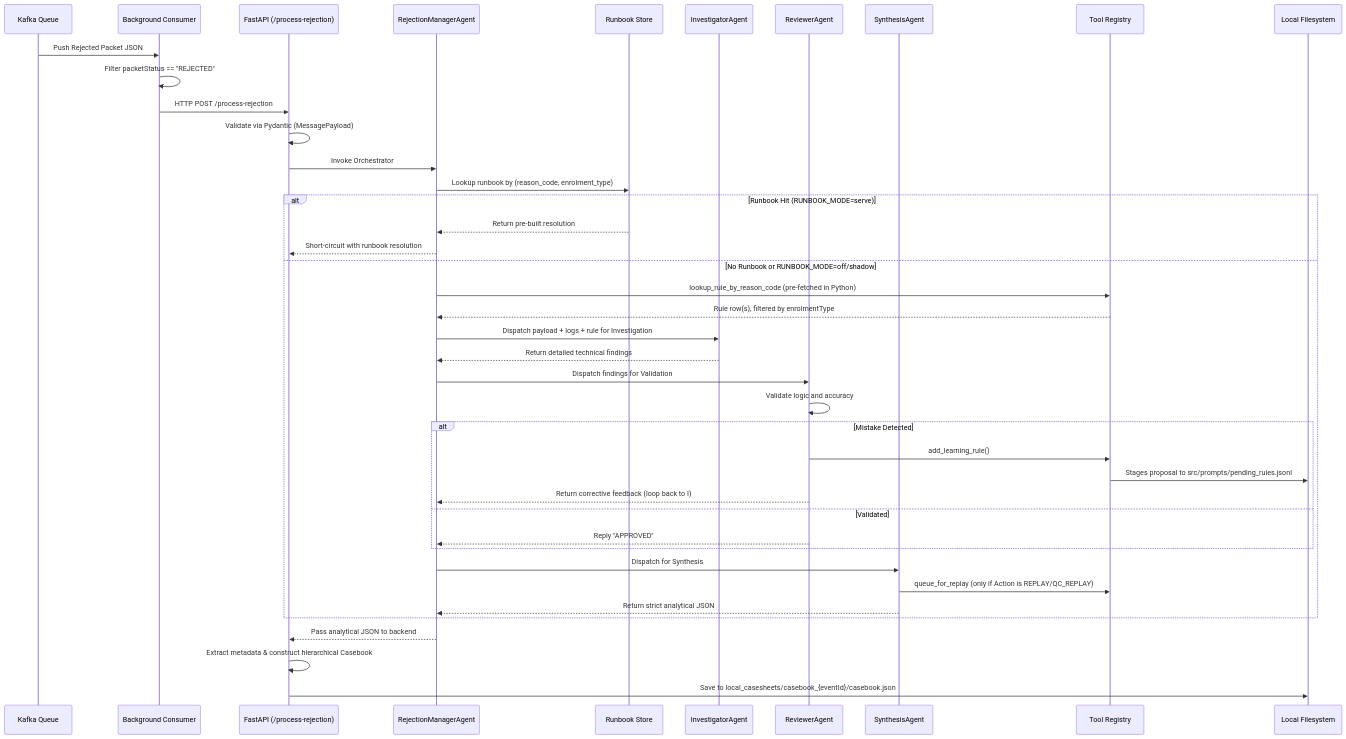
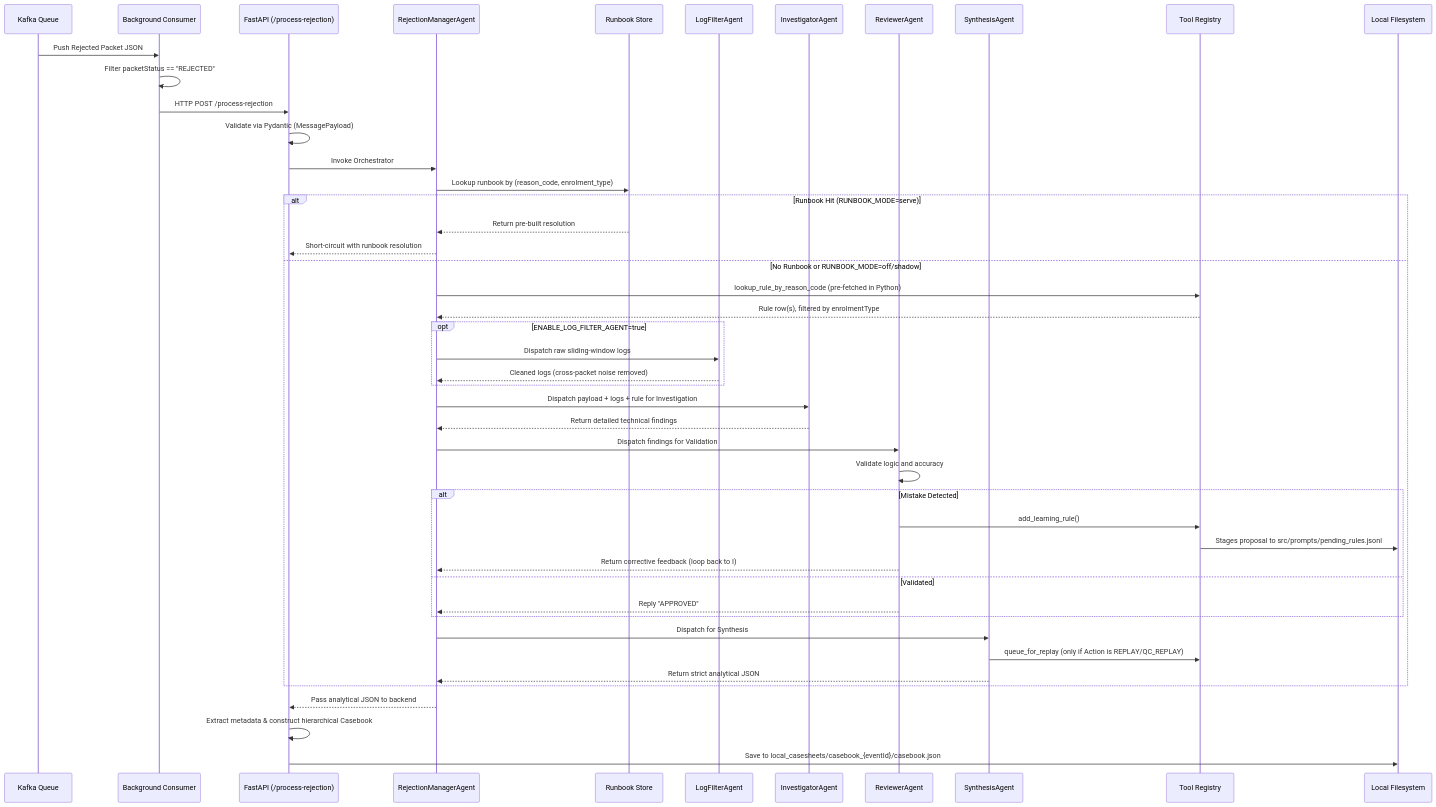
One commit to GuruSrikanth10/packet-CRM changed the diagram in ARCHITECTURE.md. Above: the diagram before and after it, drawn with Mermaid. The commit also changed other lines of this file and 4 other files, not shown here.

Commit message:
feat: Add LogFilterAgent and Context Confusion mitigations

````diff
--- a/ARCHITECTURE.md
+++ b/ARCHITECTURE.md
@@ -12,50 +12,57 @@
 ```mermaid
 sequenceDiagram
     participant K as Kafka Queue
     participant C as Background Consumer
     participant API as FastAPI (/process-rejection)
     participant M as RejectionManagerAgent
     participant RB as Runbook Store
+    participant LF as LogFilterAgent
     participant I as InvestigatorAgent
     participant R as ReviewerAgent
     participant S as SynthesisAgent
     participant T as Tool Registry
     participant FS as Local Filesystem
 
     K->>C: Push Rejected Packet JSON
     C->>C: Filter packetStatus == "REJECTED"
     C->>API: HTTP POST /process-rejection
     
     API->>API: Validate via Pydantic (MessagePayload)
     API->>M: Invoke Orchestrator
     
     M->>RB: Lookup runbook by (reason_code, enrolment_type)
     alt Runbook Hit (RUNBOOK_MODE=serve)
         RB-->>M: Return pre-built resolution
         M-->>API: Short-circuit with runbook resolution
     else No Runbook or RUNBOOK_MODE=off/shadow
         M->>T: lookup_rule_by_reason_code (pre-fetched in Python)
         T-->>M: Rule row(s), filtered by enrolmentType
+        
+        opt ENABLE_LOG_FILTER_AGENT=true
+            M->>LF: Dispatch raw sliding-window logs
+            LF-->>M: Cleaned logs (cross-packet noise removed)
+        end
+        
         M->>I: Dispatch payload + logs + rule for Investigation
         I-->>M: Return detailed technical findings
         
         M->>R: Dispatch findings for Validation
         R->>R: Validate logic and accuracy
         
         alt Mistake Detected
             R->>T: add_learning_rule()
             T->>FS: Stages proposal to src/prompts/pending_rules.jsonl
             R-->>M: Return corrective feedback (loop back to I)
         else Validated
             R-->>M: Reply "APPROVED"
         end
         
         M->>S: Dispatch for Synthesis
         S->>T: queue_for_replay (only if Action is REPLAY/QC_REPLAY)
         S-->>M: Return strict analytical JSON
     end
     
     M-->>API: Pass analytical JSON to backend
     API->>API: Extract metadata & construct hierarchical Casebook
     API->>FS: Save to local_casesheets/casebook_{eventId}/casebook.json
 ```
````
